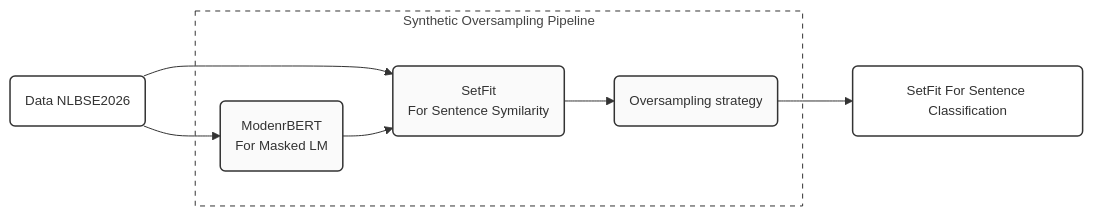
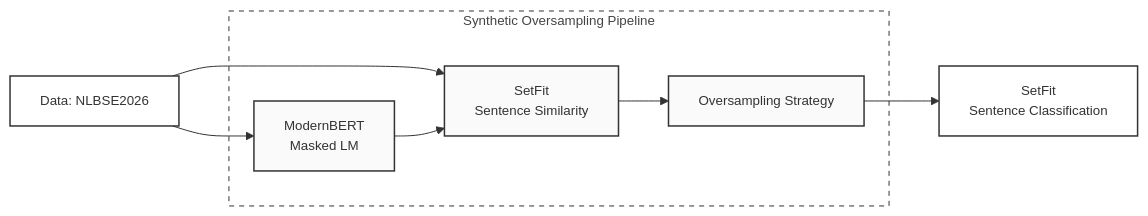
Before and after one commit to ThomBors/NLBSE2026: the diagram in README.md, drawn with Mermaid.

````diff
--- a/README.md
+++ b/README.md
@@ -19,21 +19,32 @@
 ```mermaid
 flowchart LR
-    Data(Data NLBSE2026):::compext
-    subgraph app [Synthetic Oversampling Pipeline]
-        Generator(ModenrBERT \n For Masked LM):::comp
-        Augment(SetFit \n For Sentence Symilarity):::comp
-        Balancer(Oversampling strategy):::comp
+    %% Data source
+    Data[Data: NLBSE2026]:::compext
+
+    %% Pipeline
+    subgraph Pipeline [Synthetic Oversampling Pipeline]
+        Generator[ModernBERT<br/>Masked LM]:::comp
+        Augment[SetFit<br/>Sentence Similarity]:::comp
+        Balancer[Oversampling Strategy]:::comp
     end
-    Classifier(SetFit For Sentence Classification):::compext
+
+    %% Classifier
+    Classifier[SetFit<br/>Sentence Classification]:::compext
+
+    %% Data flow
     Data --> Generator
     Data --> Augment
     Generator --> Augment
     Augment --> Balancer
     Balancer --> Classifier
-    classDef scope fill:#fff,stroke:#333,stroke-width:1px,stroke-dasharray: 5 5,color:#444,font-size:10pt;
+
+    %% Styles
+    classDef scope fill:#fff,stroke:#333,stroke-width:1px,stroke-dasharray:5 5,color:#444,font-size:10pt;
     classDef comp fill:#fafafa,stroke:#333,stroke-width:1.5px,font-size:10pt;
     classDef compsub fill:#eee,stroke:#333,stroke-width:1.5px,font-size:10pt;
     classDef compext fill:#fff,stroke:#333,stroke-width:1.5px,font-size:10pt;
     classDef none fill:#fff,stroke:#fff,stroke-width:0px,font-size:0pt;
-    class app scope
+
+    %% Assign class to subgraph
+    class Pipeline scope
 ```
````
